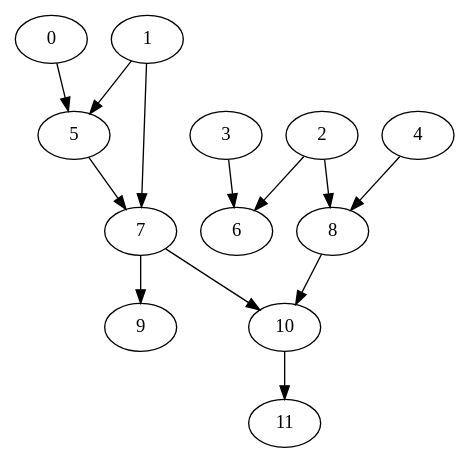
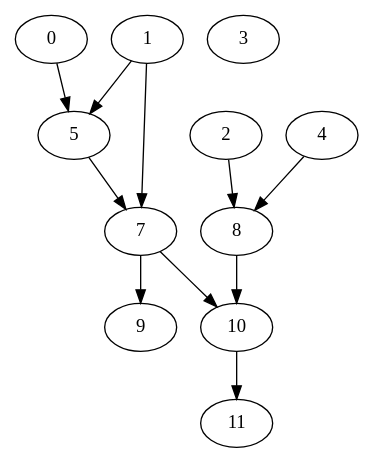
The diagram in test.dot (Ajax12345/protestGP), drawn with Graphviz before and after one commit. The commit also changed 4 other files, not shown here.

```diff
--- a/test.dot
+++ b/test.dot
@@ -1,26 +1,23 @@
 strict digraph "" {
 	0	[layer=1];
 	5	[layer=2];
 	0 -> 5;
 	1	[layer=1];
 	1 -> 5;
 	7	[layer=3];
 	1 -> 7;
 	2	[layer=1];
-	6	[layer=2];
-	2 -> 6;
 	8	[layer=2];
 	2 -> 8;
 	3	[layer=1];
-	3 -> 6;
 	4	[layer=1];
 	4 -> 8;
 	5 -> 7;
 	10	[layer=4];
 	8 -> 10;
 	9	[layer=4];
 	7 -> 9;
 	7 -> 10;
 	11	[layer=5];
 	10 -> 11;
 }
```
